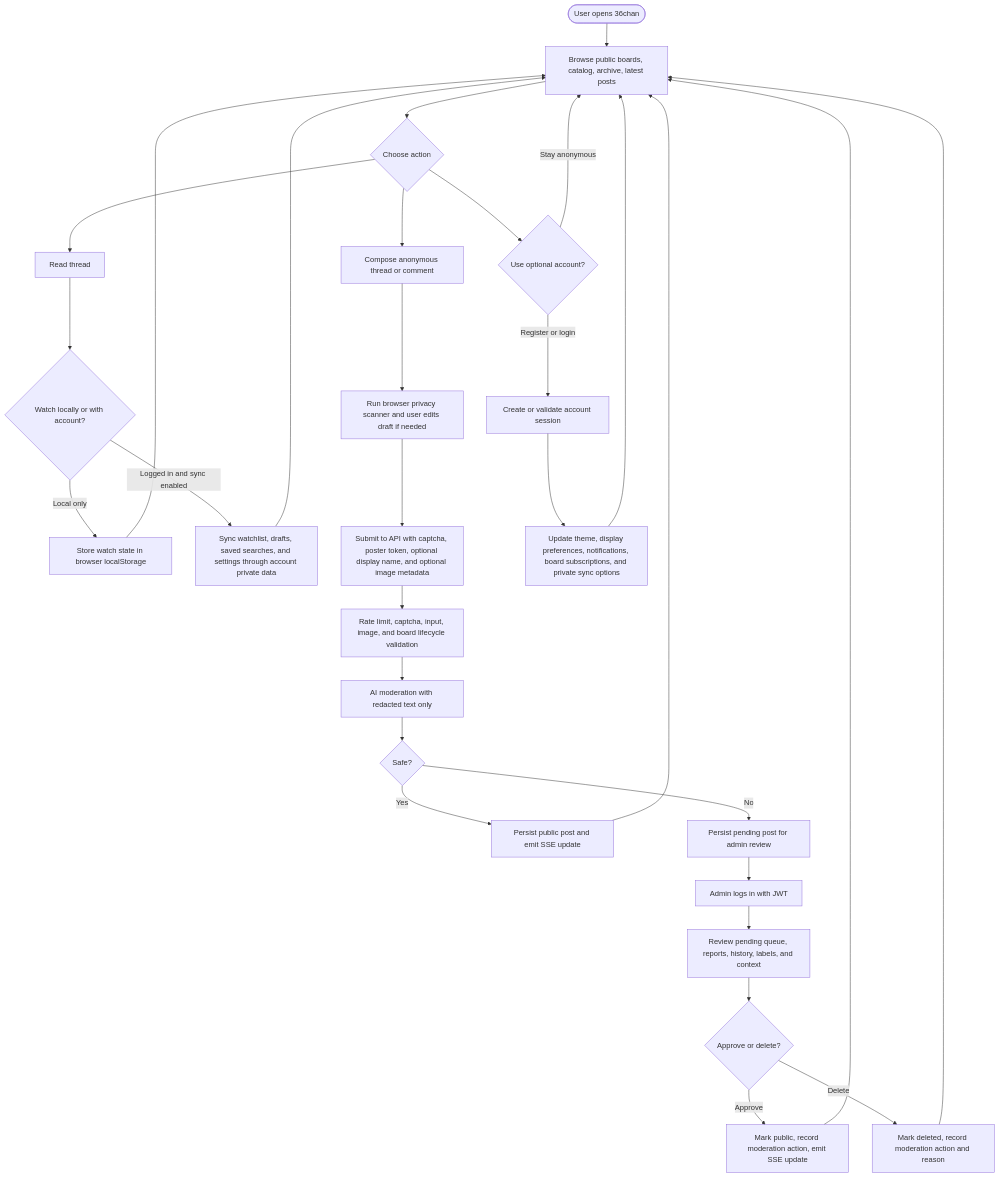
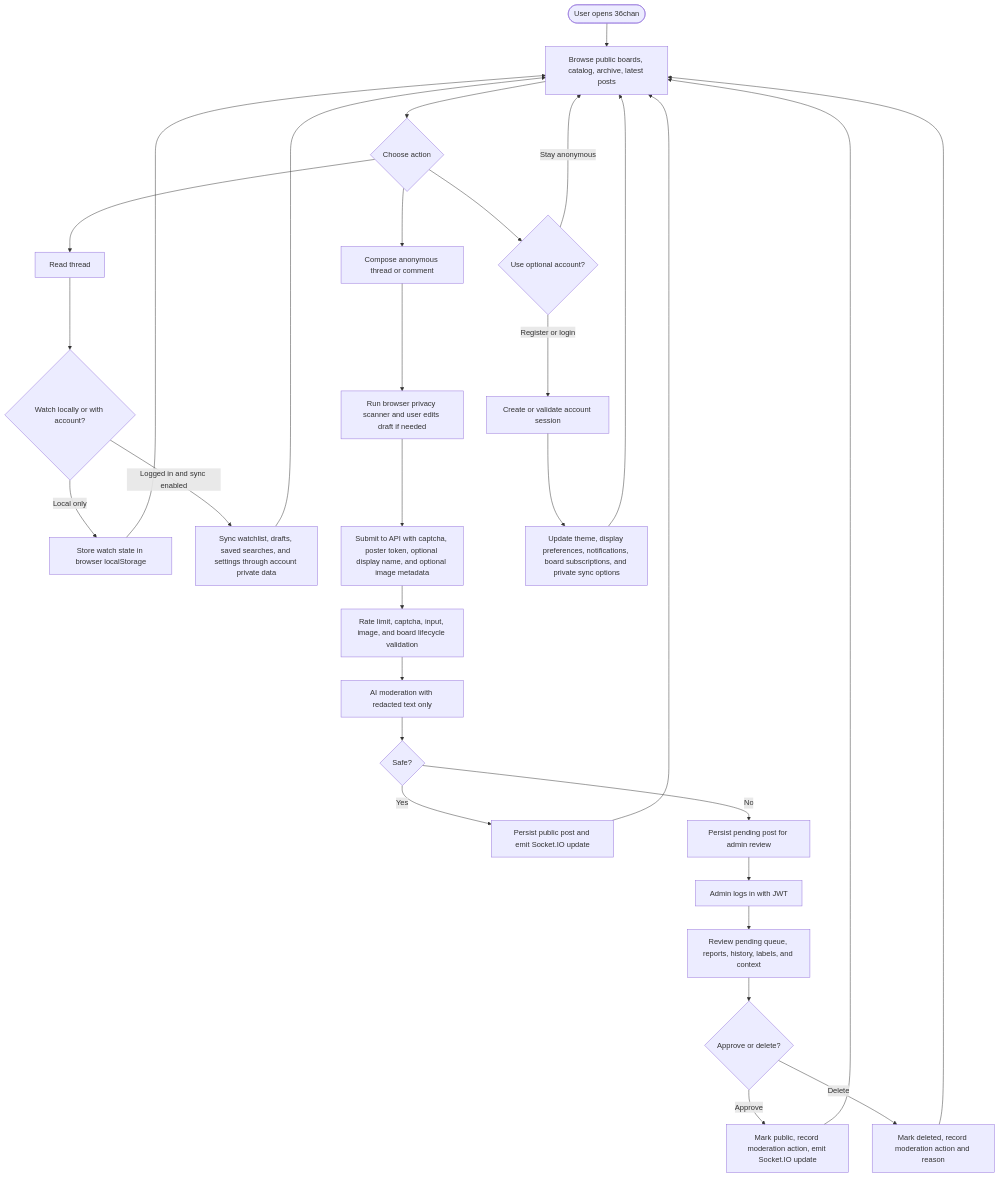
The second of 4 diagrams in README.md (HIepNgoc2006/web-forum), drawn with Mermaid before and after one commit. The commit also changed other lines of this file and 256 other files, not shown here.

````diff
--- a/README.md
+++ b/README.md
@@ -331,36 +377,36 @@
 ```mermaid
 flowchart TD
   Start([User opens 36chan]) --> Browse[Browse public boards, catalog, archive, latest posts]
   Browse --> Choose{Choose action}
 
   Choose --> Read[Read thread]
   Read --> Watch{Watch locally or with account?}
   Watch -->|Local only| LocalWatch[Store watch state in browser localStorage]
   Watch -->|Logged in and sync enabled| AccountSync[Sync watchlist, drafts, saved searches, and settings through account private data]
   AccountSync --> Browse
   LocalWatch --> Browse
 
   Choose --> Compose[Compose anonymous thread or comment]
   Compose --> PrivacyScan[Run browser privacy scanner and user edits draft if needed]
   PrivacyScan --> Submit[Submit to API with captcha, poster token, optional display name, and optional image metadata]
   Submit --> Validate[Rate limit, captcha, input, image, and board lifecycle validation]
   Validate --> AiModeration[AI moderation with redacted text only]
   AiModeration --> Decision{Safe?}
-  Decision -->|Yes| Publish[Persist public post and emit SSE update]
+  Decision -->|Yes| Publish[Persist public post and emit Socket.IO update]
   Decision -->|No| Pending[Persist pending post for admin review]
   Publish --> Browse
 
   Pending --> AdminLogin[Admin logs in with JWT]
   AdminLogin --> Review[Review pending queue, reports, history, labels, and context]
   Review --> AdminDecision{Approve or delete?}
-  AdminDecision -->|Approve| Approve[Mark public, record moderation action, emit SSE update]
+  AdminDecision -->|Approve| Approve[Mark public, record moderation action, emit Socket.IO update]
   AdminDecision -->|Delete| Delete[Mark deleted, record moderation action and reason]
   Approve --> Browse
   Delete --> Browse
 
   Choose --> Account{Use optional account?}
   Account -->|Register or login| Login[Create or validate account session]
   Login --> Settings[Update theme, display preferences, notifications, board subscriptions, and private sync options]
   Settings --> Browse
   Account -->|Stay anonymous| Browse
 ```
````
